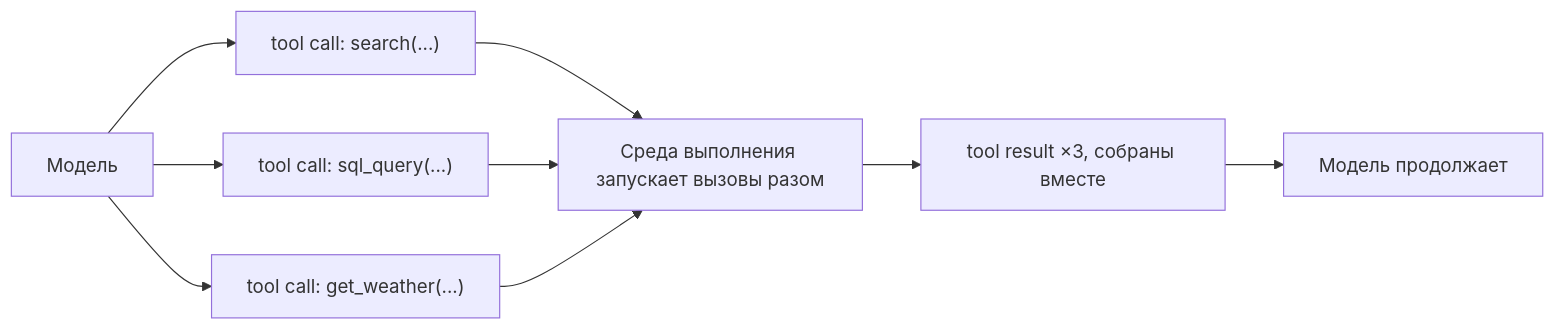
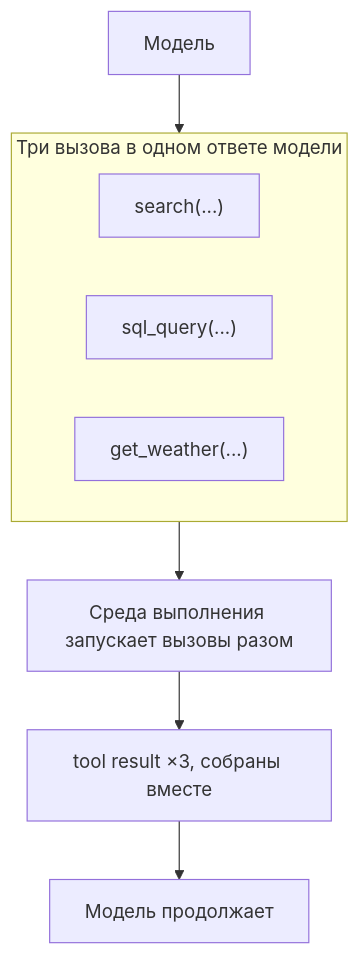
One commit to NikolaiSachok/ai-engineering-handbook changed the first of 2 diagrams in i18n/ru/docusaurus-plugin-content-docs/current/part-2-agents/tool-use/deep-dive.md. Above: the diagram before and after it, drawn with Mermaid. The commit also changed other lines of this file and 75 other files, not shown here.

First line of the commit message:
fix(diagrams): re-author wide diagrams, and measure the three locales the gate never saw (#441)

````diff
--- a/i18n/ru/docusaurus-plugin-content-docs/current/part-2-agents/tool-use/deep-dive.md
+++ b/i18n/ru/docusaurus-plugin-content-docs/current/part-2-agents/tool-use/deep-dive.md
@@ -27,11 +27,13 @@
 ```mermaid
-flowchart LR
-    M["Модель"] --> TC1["tool call: search(...)"]
-    M --> TC2["tool call: sql_query(...)"]
-    M --> TC3["tool call: get_weather(...)"]
-    TC1 --> R["Среда выполнения запускает вызовы разом"]
-    TC2 --> R
-    TC3 --> R
+flowchart TB
+    M["Модель"] --> Calls
+    subgraph Calls["Три вызова в одном ответе модели"]
+        direction LR
+        TC1["search(...)"]
+        TC2["sql_query(...)"]
+        TC3["get_weather(...)"]
+    end
+    Calls --> R["Среда выполнения запускает вызовы разом"]
     R --> TR["tool result ×3, собраны вместе"]
     TR --> Cont["Модель продолжает"]
 ```
````
